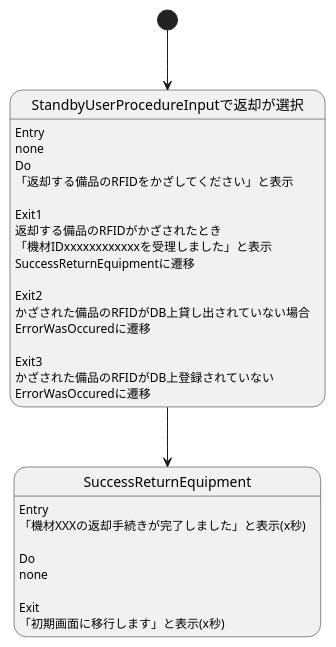
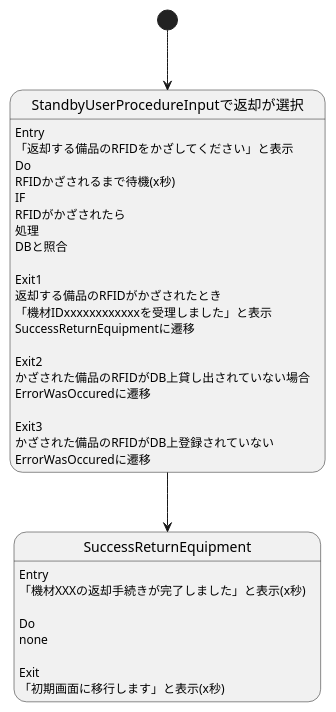
The diagram in 99_内山担当分/StandbyReturnEquipmentTdRead.wsd (soudai-aisw/aisw_bihin), drawn with PlantUML before and after one commit.

Commit message:
更新

```diff
--- a/99_内山担当分/StandbyReturnEquipmentTdRead.wsd
+++ b/99_内山担当分/StandbyReturnEquipmentTdRead.wsd
@@ -3,39 +3,37 @@
 @startuml
 
 
 [*] --> StandbyUserProcedureInputで返却が選択
 StandbyUserProcedureInputで返却が選択 --> SuccessReturnEquipment
 StandbyUserProcedureInputで返却が選択 : Entry
-StandbyUserProcedureInputで返却が選択 : none
+StandbyUserProcedureInputで返却が選択 : 「返却する備品のRFIDをかざしてください」と表示
 StandbyUserProcedureInputで返却が選択 : Do
-StandbyUserProcedureInputで返却が選択 : 「返却する備品のRFIDをかざしてください」と表示
-StandbyUserProcedureInputで返却が選択 :
+StandbyUserProcedureInputで返却が選択 : RFIDかざされるまで待機(x秒)
+StandbyUserProcedureInputで返却が選択 : IF
+StandbyUserProcedureInputで返却が選択 : RFIDがかざされたら
+StandbyUserProcedureInputで返却が選択 : 処理
+StandbyUserProcedureInputで返却が選択 : DBと照合
+StandbyUserProcedureInputで返却が選択 : 
 StandbyUserProcedureInputで返却が選択 : Exit1
 StandbyUserProcedureInputで返却が選択 : 返却する備品のRFIDがかざされたとき
 StandbyUserProcedureInputで返却が選択 : 「機材IDxxxxxxxxxxxxを受理しました」と表示
 StandbyUserProcedureInputで返却が選択 : SuccessReturnEquipmentに遷移
 StandbyUserProcedureInputで返却が選択 :
 StandbyUserProcedureInputで返却が選択 : Exit2
 StandbyUserProcedureInputで返却が選択 : かざされた備品のRFIDがDB上貸し出されていない場合
 StandbyUserProcedureInputで返却が選択 : ErrorWasOccuredに遷移
 StandbyUserProcedureInputで返却が選択 :
 StandbyUserProcedureInputで返却が選択 : Exit3
 StandbyUserProcedureInputで返却が選択 : かざされた備品のRFIDがDB上登録されていない
 StandbyUserProcedureInputで返却が選択 : ErrorWasOccuredに遷移
 SuccessReturnEquipment : Entry
 SuccessReturnEquipment : 「機材XXXの返却手続きが完了しました」と表示(x秒)
 SuccessReturnEquipment :
 SuccessReturnEquipment : Do
 SuccessReturnEquipment : none
 SuccessReturnEquipment :
 SuccessReturnEquipment : Exit
-SuccessReturnEquipment : 「初期画面に移行します」と表示(x秒) 
-
-
-
-
-
-
+SuccessReturnEquipment : 「初期画面に移行します」と表示(x秒)
 
 
 @enduml
```
